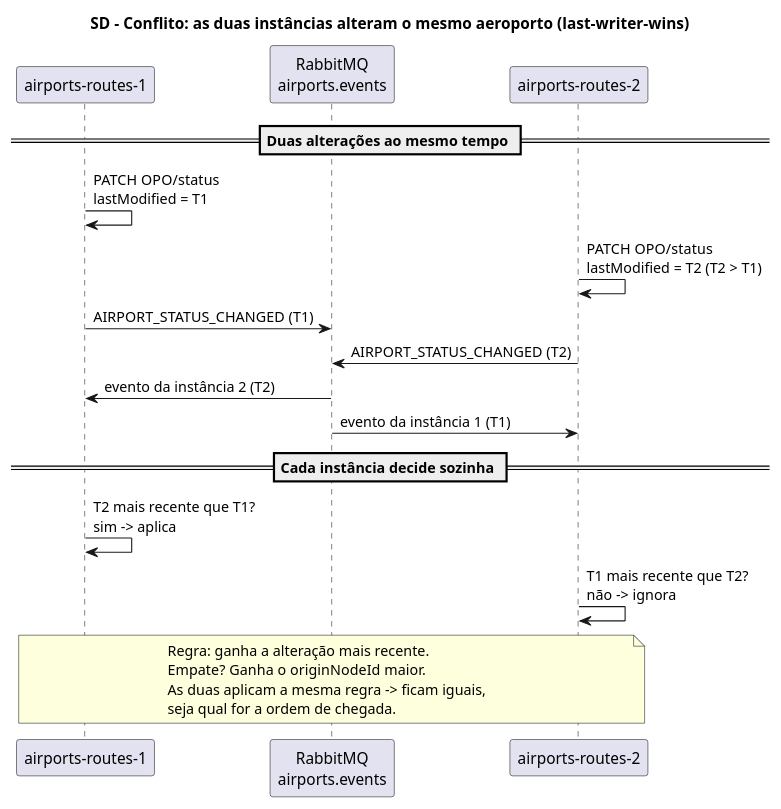
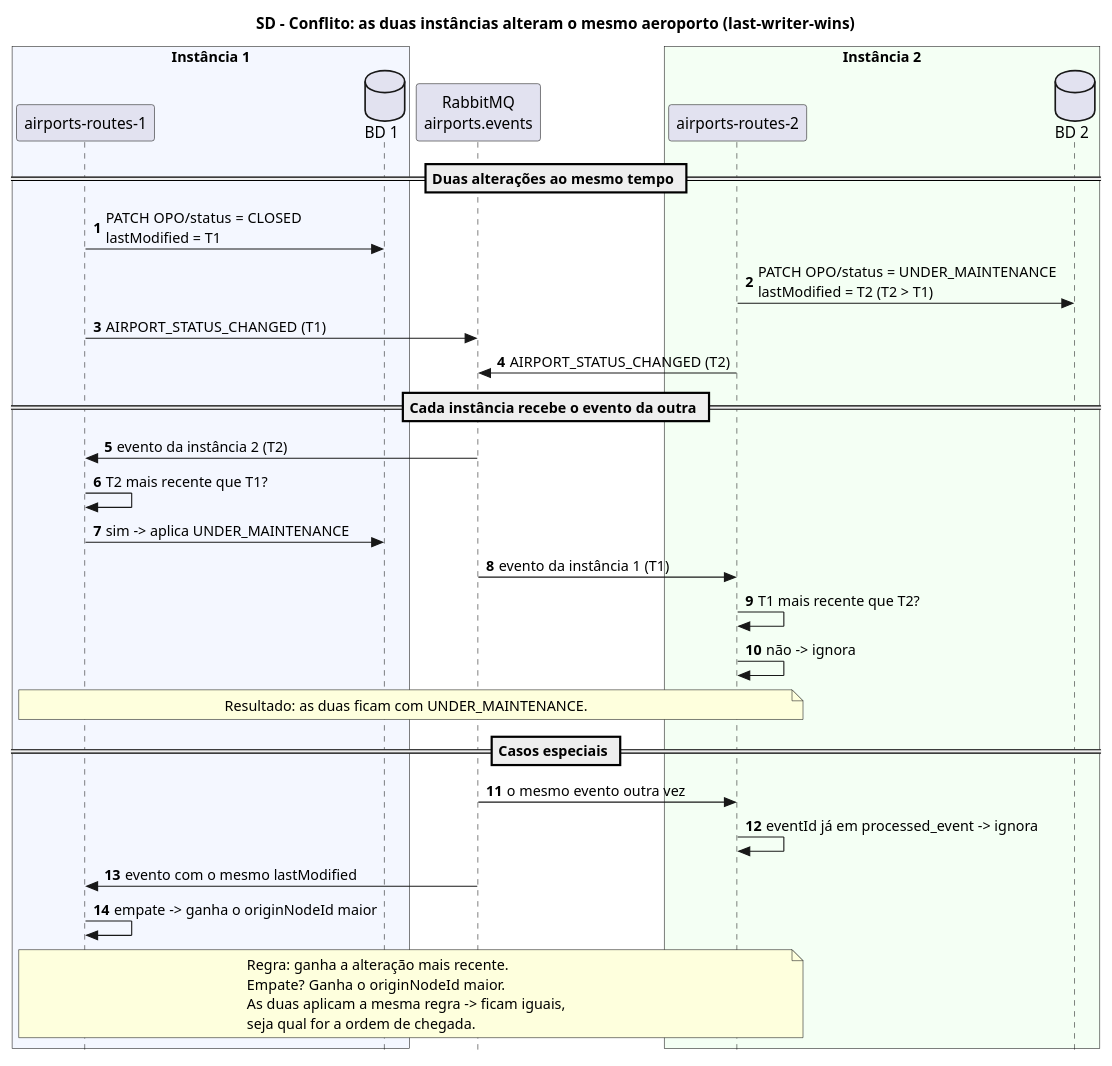
Before and after one commit to anamartasilvaa/SIDIG_AI_Safe: the diagram in Services/Airport e Routes/airports-routes-service/docs/E2/sd-conflict-resolution.puml, drawn with PlantUML. The commit also changed 16 other files, not shown here.

```diff
--- a/Services/Airport e Routes/airports-routes-service/docs/E2/sd-conflict-resolution.puml
+++ b/Services/Airport e Routes/airports-routes-service/docs/E2/sd-conflict-resolution.puml
@@ -1,29 +1,46 @@
 @startuml sd-conflict-resolution
-skinparam shadowing false
+skinparam style strictuml
+autonumber
 title SD - Conflito: as duas instâncias alteram o mesmo aeroporto (last-writer-wins)
 
+box "Instância 1" #F4F7FF
 participant "airports-routes-1" as A1
+database "BD 1" as D1
+end box
 participant "RabbitMQ\nairports.events" as MQ
+box "Instância 2" #F4FFF4
 participant "airports-routes-2" as A2
+database "BD 2" as D2
+end box
 
 == Duas alterações ao mesmo tempo ==
-A1 -> A1 : PATCH OPO/status\nlastModified = T1
-A2 -> A2 : PATCH OPO/status\nlastModified = T2 (T2 > T1)
-
+A1 -> D1 : PATCH OPO/status = CLOSED\nlastModified = T1
+A2 -> D2 : PATCH OPO/status = UNDER_MAINTENANCE\nlastModified = T2 (T2 > T1)
 A1 -> MQ : AIRPORT_STATUS_CHANGED (T1)
 A2 -> MQ : AIRPORT_STATUS_CHANGED (T2)
 
+== Cada instância recebe o evento da outra ==
 MQ -> A1 : evento da instância 2 (T2)
+A1 -> A1 : T2 mais recente que T1?
+A1 -> D1 : sim -> aplica UNDER_MAINTENANCE
 MQ -> A2 : evento da instância 1 (T1)
+A2 -> A2 : T1 mais recente que T2?
+A2 -> A2 : não -> ignora
 
-== Cada instância decide sozinha ==
-A1 -> A1 : T2 mais recente que T1?\nsim -> aplica
-A2 -> A2 : T1 mais recente que T2?\nnão -> ignora
+note over A1, A2
+  Resultado: as duas ficam com UNDER_MAINTENANCE.
+end note
+
+== Casos especiais ==
+MQ -> A2 : o mesmo evento outra vez
+A2 -> A2 : eventId já em processed_event -> ignora
+MQ -> A1 : evento com o mesmo lastModified
+A1 -> A1 : empate -> ganha o originNodeId maior
 
 note over A1, A2
   Regra: ganha a alteração mais recente.
   Empate? Ganha o originNodeId maior.
   As duas aplicam a mesma regra -> ficam iguais,
   seja qual for a ordem de chegada.
 end note
 @enduml
```
